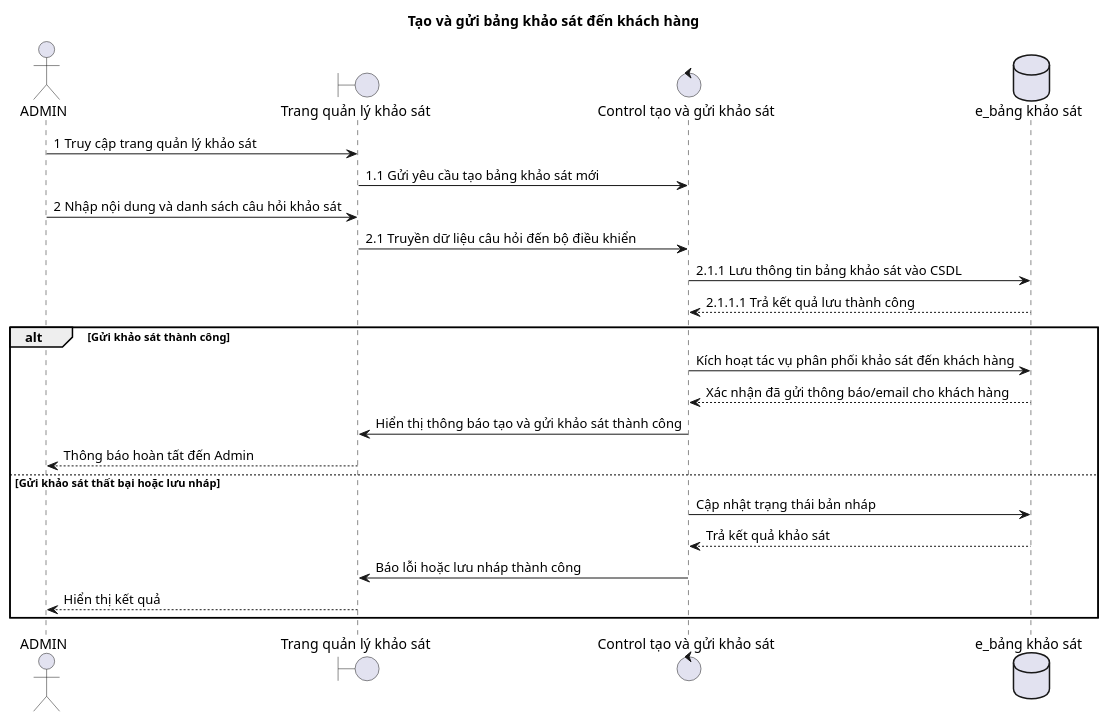
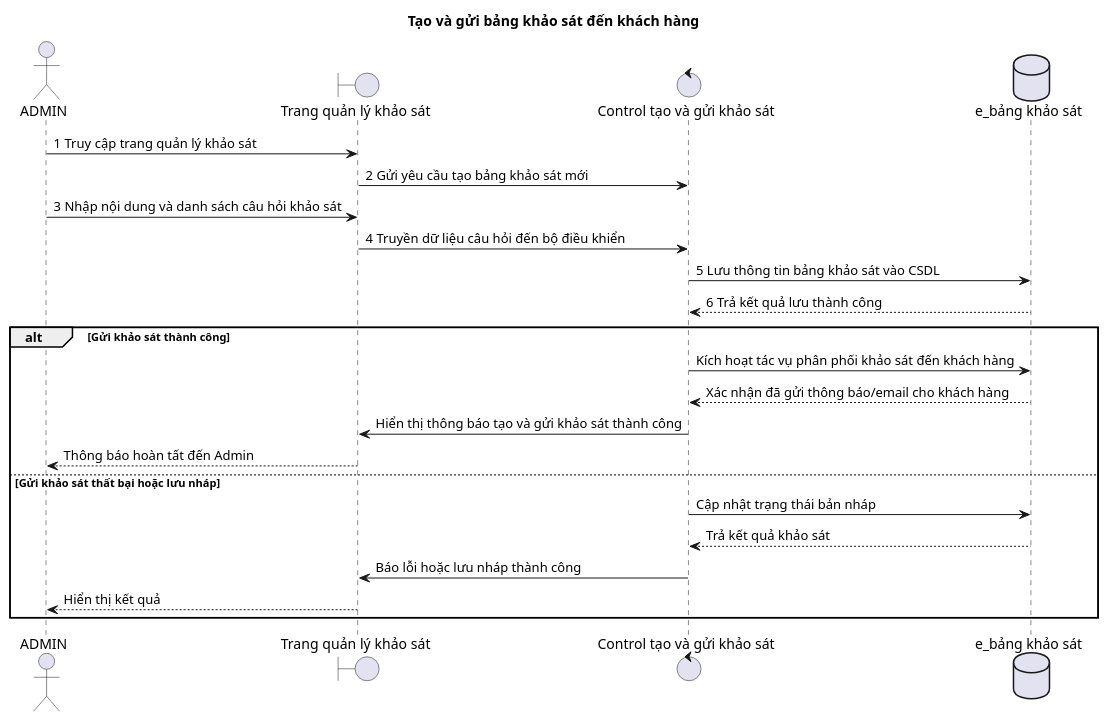
The diagram in docs/diagrams/sequence/preview/07-survey-create-send.puml (duygri/do-an-htttdn-crm), drawn with PlantUML before and after one commit.

```diff
--- a/docs/diagrams/sequence/preview/07-survey-create-send.puml
+++ b/docs/diagrams/sequence/preview/07-survey-create-send.puml
@@ -1,27 +1,27 @@
 @startuml
 title Tạo và gửi bảng khảo sát đến khách hàng
 
 actor ADMIN as Admin
 boundary "Trang quản lý khảo sát" as Boundary
 control "Control tạo và gửi khảo sát" as Control
 database "e_bảng khảo sát" as Entity
 
 Admin -> Boundary: 1 Truy cập trang quản lý khảo sát
-Boundary -> Control: 1.1 Gửi yêu cầu tạo bảng khảo sát mới
-Admin -> Boundary: 2 Nhập nội dung và danh sách câu hỏi khảo sát
-Boundary -> Control: 2.1 Truyền dữ liệu câu hỏi đến bộ điều khiển
-Control -> Entity: 2.1.1 Lưu thông tin bảng khảo sát vào CSDL
-Entity --> Control: 2.1.1.1 Trả kết quả lưu thành công
+Boundary -> Control: 2 Gửi yêu cầu tạo bảng khảo sát mới
+Admin -> Boundary: 3 Nhập nội dung và danh sách câu hỏi khảo sát
+Boundary -> Control: 4 Truyền dữ liệu câu hỏi đến bộ điều khiển
+Control -> Entity: 5 Lưu thông tin bảng khảo sát vào CSDL
+Entity --> Control: 6 Trả kết quả lưu thành công
 
 alt Gửi khảo sát thành công
   Control -> Entity: Kích hoạt tác vụ phân phối khảo sát đến khách hàng
   Entity --> Control: Xác nhận đã gửi thông báo/email cho khách hàng
   Control -> Boundary: Hiển thị thông báo tạo và gửi khảo sát thành công
   Boundary --> Admin: Thông báo hoàn tất đến Admin
 else Gửi khảo sát thất bại hoặc lưu nháp
   Control -> Entity: Cập nhật trạng thái bản nháp
   Entity --> Control: Trả kết quả khảo sát
   Control -> Boundary: Báo lỗi hoặc lưu nháp thành công
   Boundary --> Admin: Hiển thị kết quả
 end
 @enduml
```
